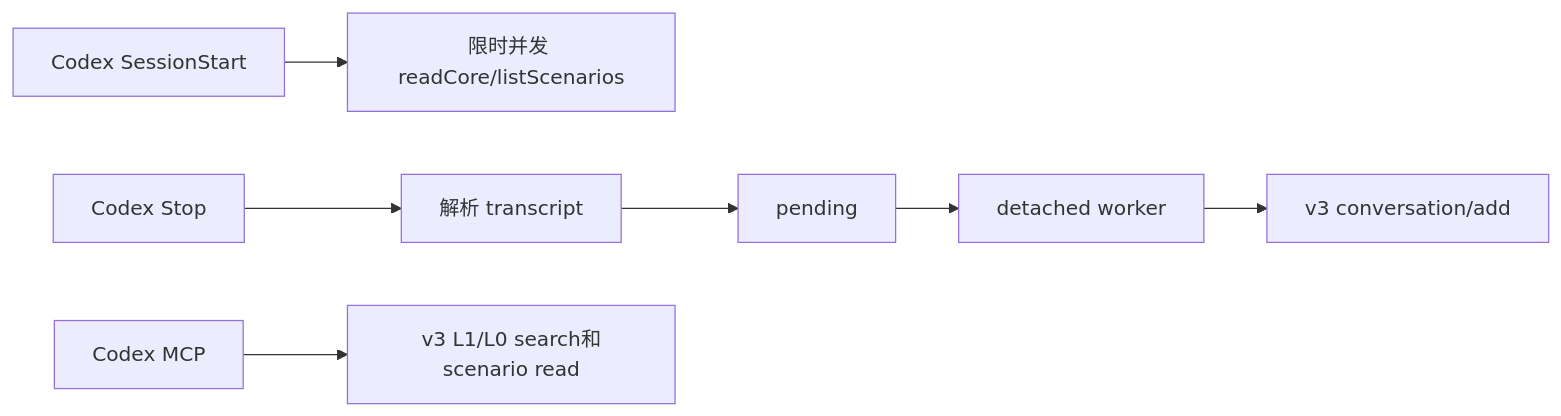
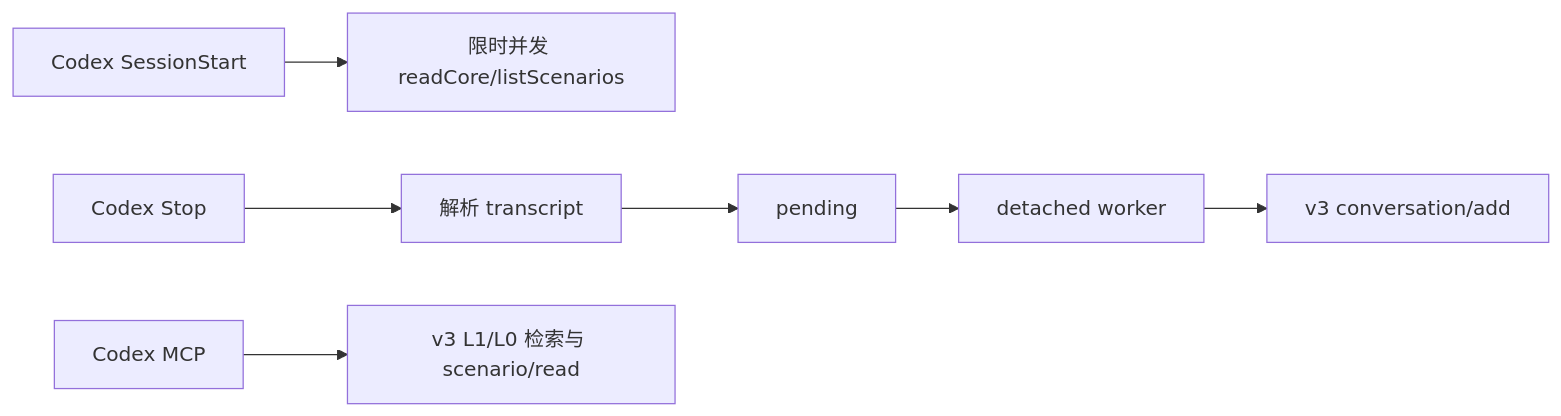
Before and after one commit to TencentCloud/TencentDB-Agent-Memory: the diagram in docs/codex-cli-server-team/prd.md, drawn with Mermaid. The commit also changed other lines of this file and 3 other files, not shown here.

````diff
--- a/docs/codex-cli-server-team/prd.md
+++ b/docs/codex-cli-server-team/prd.md
@@ -53,9 +53,9 @@
 ```mermaid
 flowchart LR
   A[Codex SessionStart] --> B[限时并发 readCore/listScenarios]
   C[Codex Stop] --> D[解析 transcript]
   D --> E[pending]
   E --> F[detached worker]
   F --> G[v3 conversation/add]
-  H[Codex MCP] --> I[v3 L1/L0 search和scenario read]
+  H[Codex MCP] --> I[v3 L1/L0 检索与 scenario/read]
 ```
````
